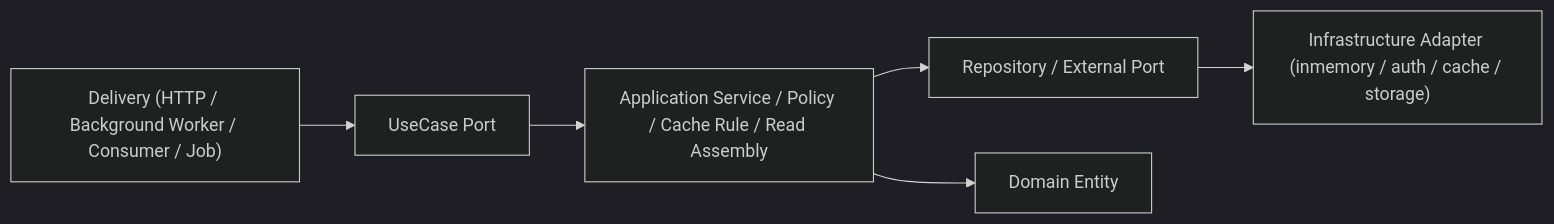
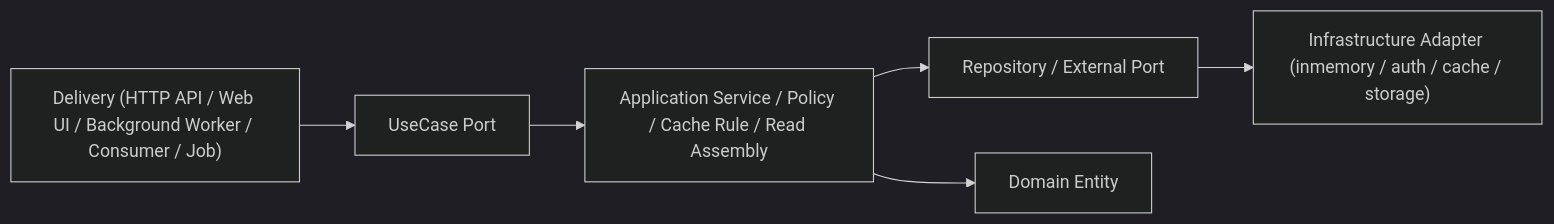
Before and after one commit to hoonzinope/go-comu-bin: the diagram in docs/ARCHITECTURE.md, drawn with Mermaid (dark theme). The commit also changed other lines of this file and 5 other files, not shown here.

Commit message:
docs: align roadmap and readme with web ui

````diff
--- a/docs/ARCHITECTURE.md
+++ b/docs/ARCHITECTURE.md
@@ -15,15 +15,15 @@
 ```mermaid
 flowchart LR
-    DELIVERY["Delivery (HTTP / Background Worker / Consumer / Job)"]
+    DELIVERY["Delivery (HTTP API / Web UI / Background Worker / Consumer / Job)"]
     UC["UseCase Port"]
     APP["Application Service / Policy / Cache Rule / Read Assembly"]
     PORT["Repository / External Port"]
     INFRA["Infrastructure Adapter (inmemory / auth / cache / storage)"]
     DOMAIN["Domain Entity"]
 
     DELIVERY --> UC
     UC --> APP
     APP --> DOMAIN
     APP --> PORT
     PORT --> INFRA
 ```
````
